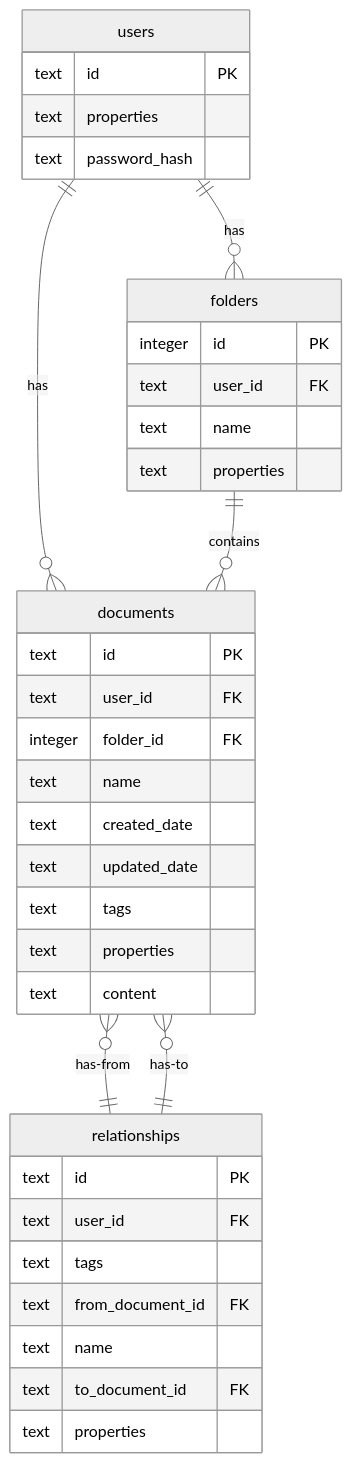
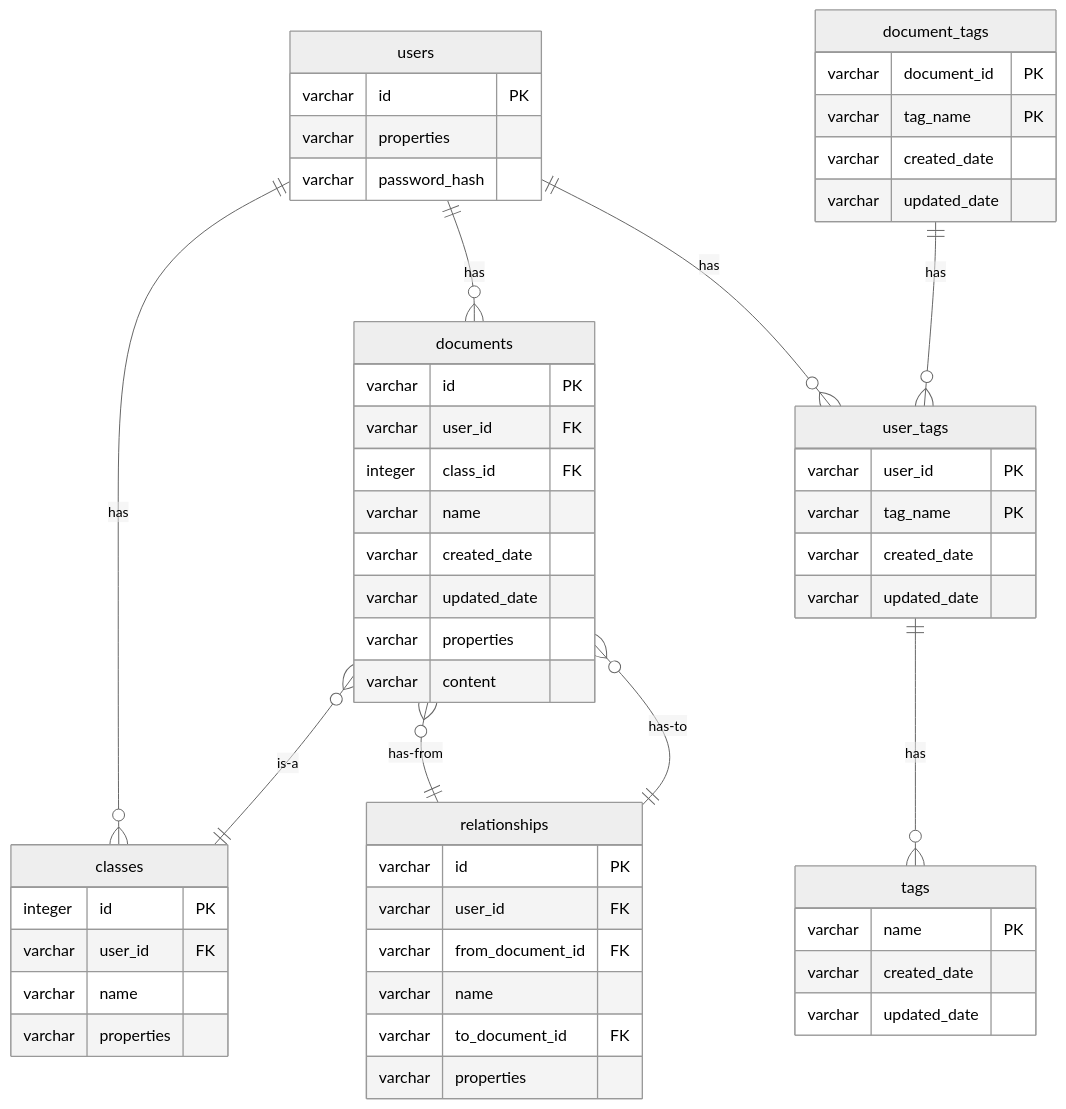
One commit to embernet/sidekick changed the diagram in docs/erd.md. Above: the diagram before and after it, drawn with Mermaid (neutral theme).

Commit message:
updated erd tags design and to use varchar not text

````diff
--- a/docs/erd.md
+++ b/docs/erd.md
@@ -3,39 +3,57 @@
 ```mermaid
 erDiagram
-    users ||--o{ folders : has
+    users ||--o{ classes : has
     users ||--o{ documents : has
-    folders ||--o{ documents : contains
+    users ||--o{ user_tags : has
+    documents }o--|| classes : is-a
     documents }o--|| relationships : has-from
     documents }o--|| relationships : has-to
+    user_tags ||--o{ tags : has
+    document_tags ||--o{ user_tags : has
     users {
-        text id PK
-        text properties
-        text password_hash
+        varchar id PK
+        varchar properties
+        varchar password_hash
     }
-    folders {
+    classes {
         integer id PK
-        text user_id FK
-        text name
-        text properties
+        varchar user_id FK
+        varchar name
+        varchar properties
     }
     documents {
-        text id PK
-        text user_id FK
-        integer folder_id FK
-        text name
-        text created_date
-        text updated_date
-        text tags
-        text properties
-        text content
+        varchar id PK
+        varchar user_id FK
+        integer class_id FK
+        varchar name
+        varchar created_date
+        varchar updated_date
+        varchar properties
+        varchar content
     }
     relationships {
-        text id PK
-        text user_id FK
-        text tags
-        text from_document_id FK
-        text name
-        text to_document_id FK
-        text properties
+        varchar id PK
+        varchar user_id FK
+        varchar from_document_id FK
+        varchar name
+        varchar to_document_id FK
+        varchar properties
+    }
+    tags {
+        varchar name PK
+        varchar created_date
+        varchar updated_date
+    }
+    user_tags {
+        varchar user_id PK
+        varchar tag_name PK
+        varchar created_date
+        varchar updated_date
+    }
+    document_tags {
+        varchar document_id PK
+        varchar tag_name PK
+        varchar created_date
+        varchar updated_date
     }
 ```
````
